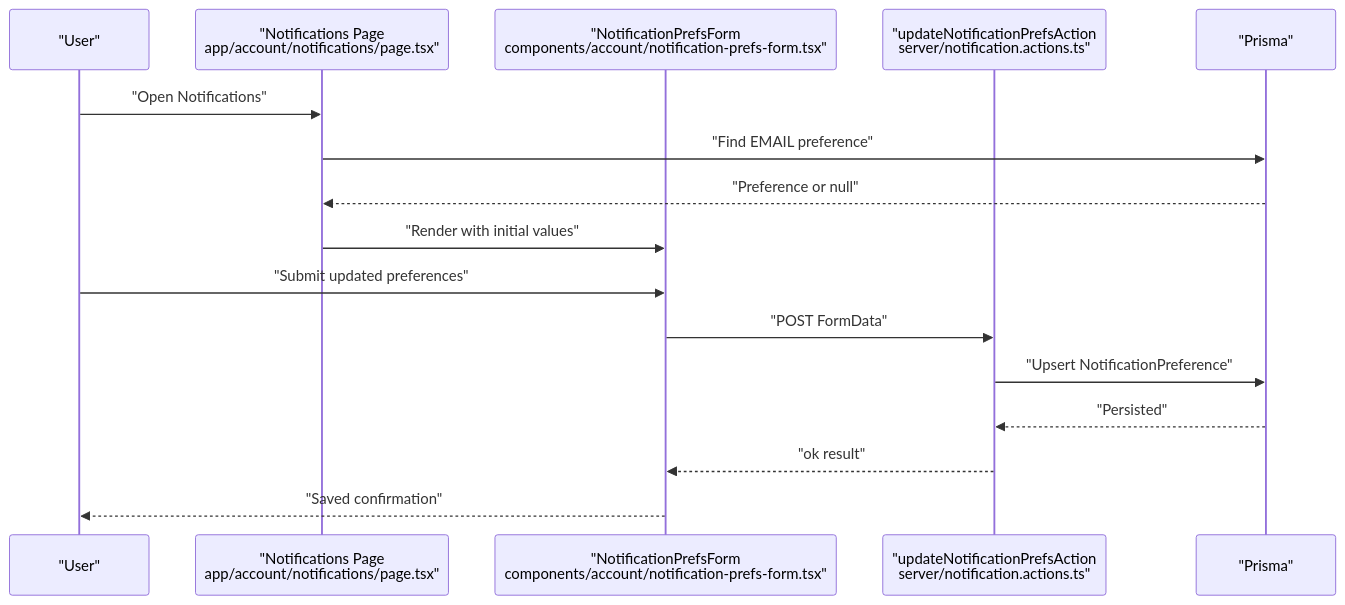
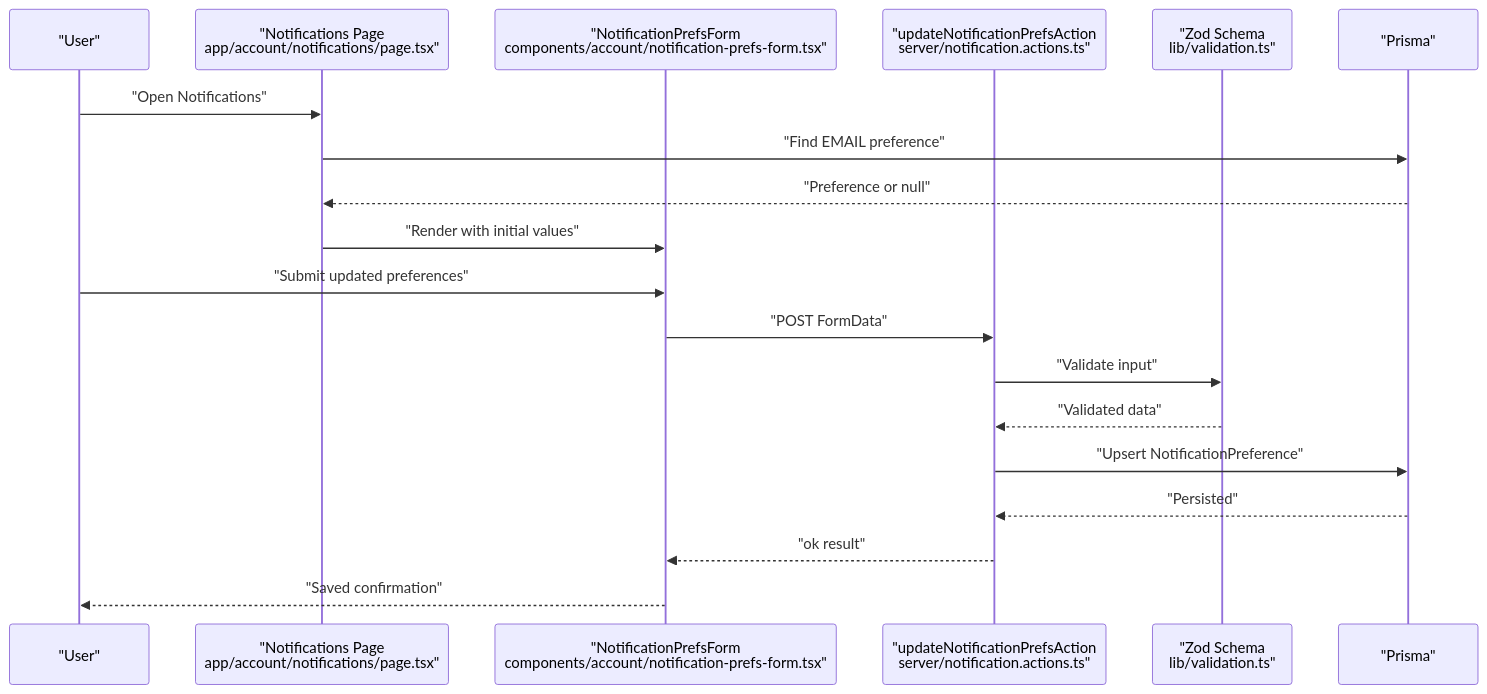
One commit to gyamposudodzi/Timberland changed the fourth of 6 diagrams in .qoder/repowiki/en/content/Notification System.md. Above: the diagram before and after it, drawn with Mermaid. The commit also changed other lines of this file and 87 other files, not shown here.

````diff
--- a/.qoder/repowiki/en/content/Notification System.md
+++ b/.qoder/repowiki/en/content/Notification System.md
@@ -191,18 +219,21 @@
 ```mermaid
 sequenceDiagram
 participant User as "User"
 participant Page as "Notifications Page<br/>app/account/notifications/page.tsx"
 participant Form as "NotificationPrefsForm<br/>components/account/notification-prefs-form.tsx"
 participant Action as "updateNotificationPrefsAction<br/>server/notification.actions.ts"
+participant Validator as "Zod Schema<br/>lib/validation.ts"
 participant DB as "Prisma"
 User->>Page : "Open Notifications"
 Page->>DB : "Find EMAIL preference"
 DB-->>Page : "Preference or null"
 Page->>Form : "Render with initial values"
 User->>Form : "Submit updated preferences"
 Form->>Action : "POST FormData"
+Action->>Validator : "Validate input"
+Validator-->>Action : "Validated data"
 Action->>DB : "Upsert NotificationPreference"
 DB-->>Action : "Persisted"
 Action-->>Form : "ok result"
 Form-->>User : "Saved confirmation"
 ```
````
